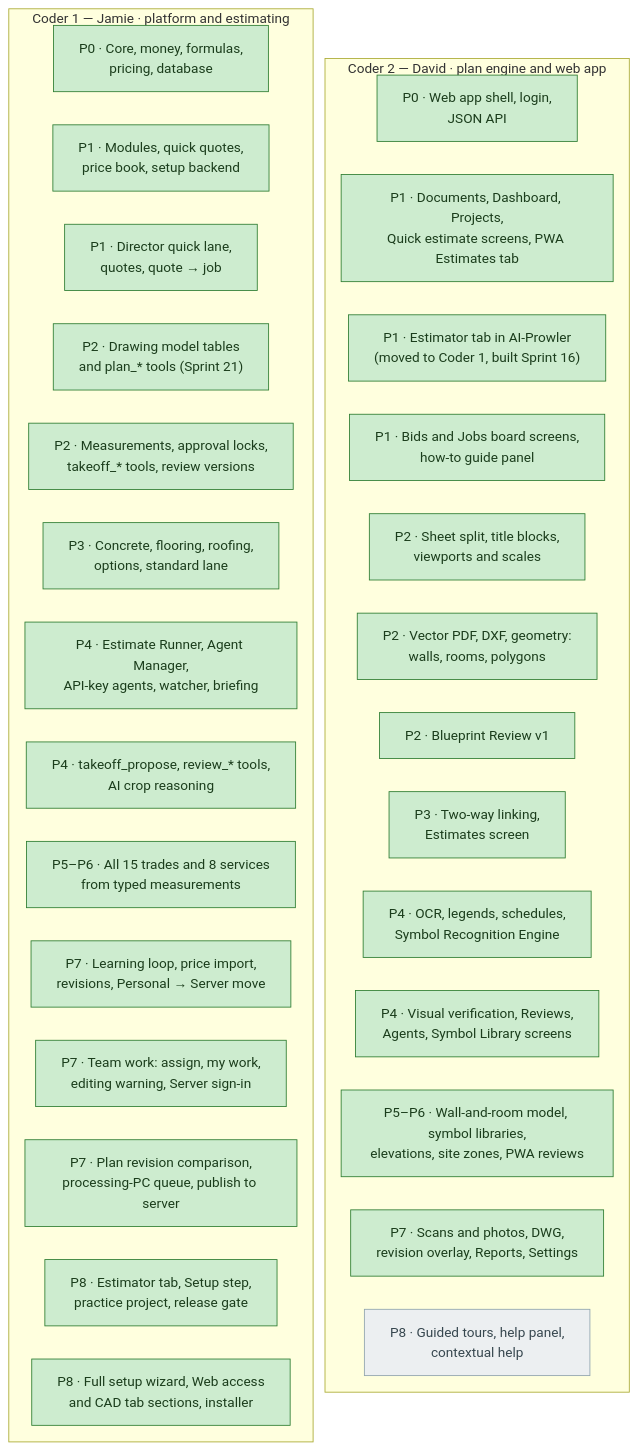
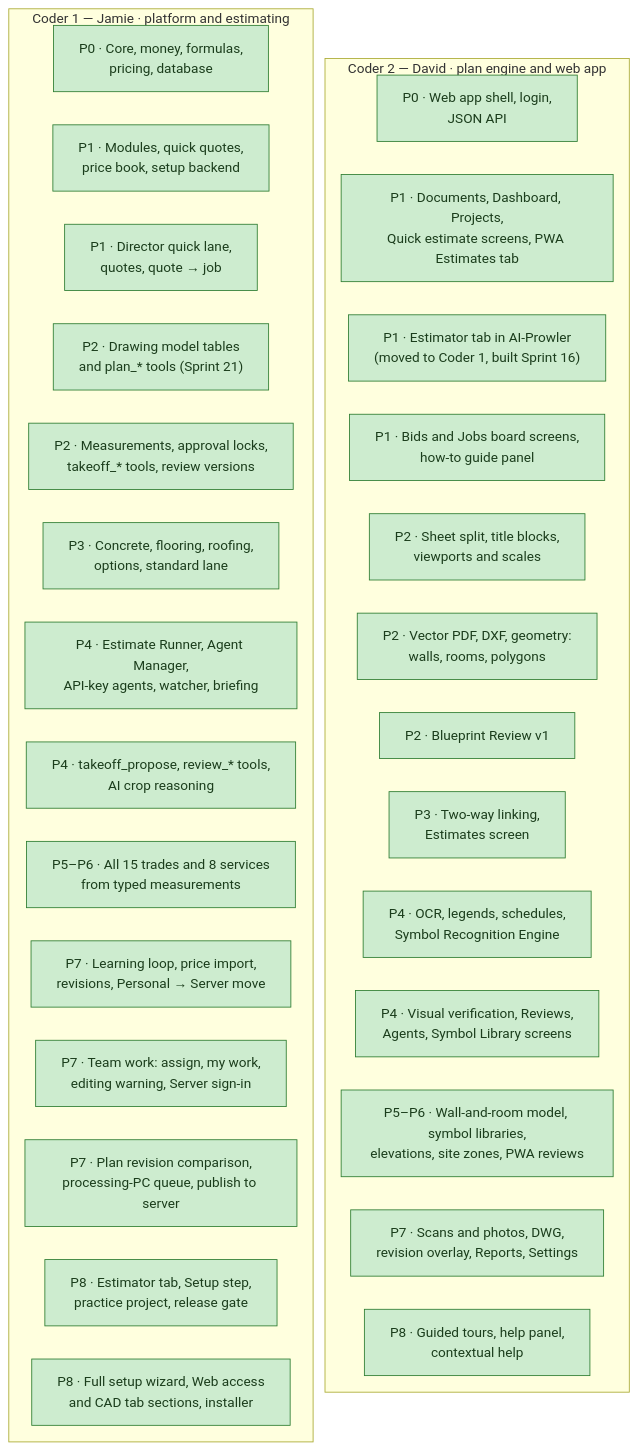
The second of 3 diagrams in docs/estimator/AI-Prowler Estimator Design Spec.md (dvavro/AI-Prowler), drawn with Mermaid before and after one commit. The commit also changed other lines of this file and 20 other files, not shown here.

````diff
--- a/docs/estimator/AI-Prowler Estimator Design Spec.md
+++ b/docs/estimator/AI-Prowler Estimator Design Spec.md
@@ -1161,43 +1161,43 @@
 ```mermaid
 %%{init: {"flowchart": {"nodeSpacing": 18, "rankSpacing": 14, "wrappingWidth": 260}}}%%
 flowchart LR
     subgraph C1["Coder 1 — Jamie · platform and estimating"]
         direction TB
         A0["P0 · Core, money, formulas,<br/>pricing, database"]:::done
         A1["P1 · Modules, quick quotes,<br/>price book, setup backend"]:::done
         A2["P1 · Director quick lane,<br/>quotes, quote → job"]:::done
         A3["P2 · Drawing model tables<br/>and plan_* tools (Sprint 21)"]:::done
         A4["P2 · Measurements, approval locks,<br/>takeoff_* tools, review versions"]:::done
         A5["P3 · Concrete, flooring, roofing,<br/>options, standard lane"]:::done
         A6["P4 · Estimate Runner, Agent Manager,<br/>API-key agents, watcher, briefing"]:::done
         A7["P4 · takeoff_propose, review_* tools,<br/>AI crop reasoning"]:::done
         A8["P5–P6 · All 15 trades and 8 services<br/>from typed measurements"]:::done
         A9["P7 · Learning loop, price import,<br/>revisions, Personal → Server move"]:::done
         A10["P7 · Team work: assign, my work,<br/>editing warning, Server sign-in"]:::done
         A11["P7 · Plan revision comparison,<br/>processing-PC queue, publish to server"]:::done
         A12["P8 · Estimator tab, Setup step,<br/>practice project, release gate"]:::done
         A13["P8 · Full setup wizard, Web access<br/>and CAD tab sections, installer"]:::done
         A0 ~~~ A1 ~~~ A2 ~~~ A3 ~~~ A4 ~~~ A5 ~~~ A6 ~~~ A7 ~~~ A8 ~~~ A9 ~~~ A10 ~~~ A11 ~~~ A12 ~~~ A13
     end
     subgraph C2["Coder 2 — David · plan engine and web app"]
         direction TB
         B0["P0 · Web app shell, login,<br/>JSON API"]:::done
         B1["P1 · Documents, Dashboard, Projects,<br/>Quick estimate screens, PWA Estimates tab"]:::done
         B2["P1 · Estimator tab in AI-Prowler<br/>(moved to Coder 1, built Sprint 16)"]:::done
         B3["P1 · Bids and Jobs board screens,<br/>how-to guide panel"]:::done
         B4["P2 · Sheet split, title blocks,<br/>viewports and scales"]:::done
         B5["P2 · Vector PDF, DXF, geometry:<br/>walls, rooms, polygons"]:::done
         B6["P2 · Blueprint Review v1"]:::done
         B7["P3 · Two-way linking,<br/>Estimates screen"]:::done
         B8["P4 · OCR, legends, schedules,<br/>Symbol Recognition Engine"]:::done
         B9["P4 · Visual verification, Reviews,<br/>Agents, Symbol Library screens"]:::done
         B10["P5–P6 · Wall-and-room model, symbol libraries,<br/>elevations, site zones, PWA reviews"]:::done
         B11["P7 · Scans and photos, DWG,<br/>revision overlay, Reports, Settings"]:::done
-        B12["P8 · Guided tours, help panel,<br/>contextual help"]:::todo
+        B12["P8 · Guided tours, help panel,<br/>contextual help"]:::done
         B0 ~~~ B1 ~~~ B2 ~~~ B3 ~~~ B4 ~~~ B5 ~~~ B6 ~~~ B7 ~~~ B8 ~~~ B9 ~~~ B10 ~~~ B11 ~~~ B12
     end
     C1 ~~~ C2
     classDef done fill:#cdeccf,stroke:#2e7d32,color:#1b3d1c
     classDef wip fill:#fff1bf,stroke:#b8860b,color:#4a3800
     classDef todo fill:#eceff1,stroke:#90a4ae,color:#37474f
 ```
````
